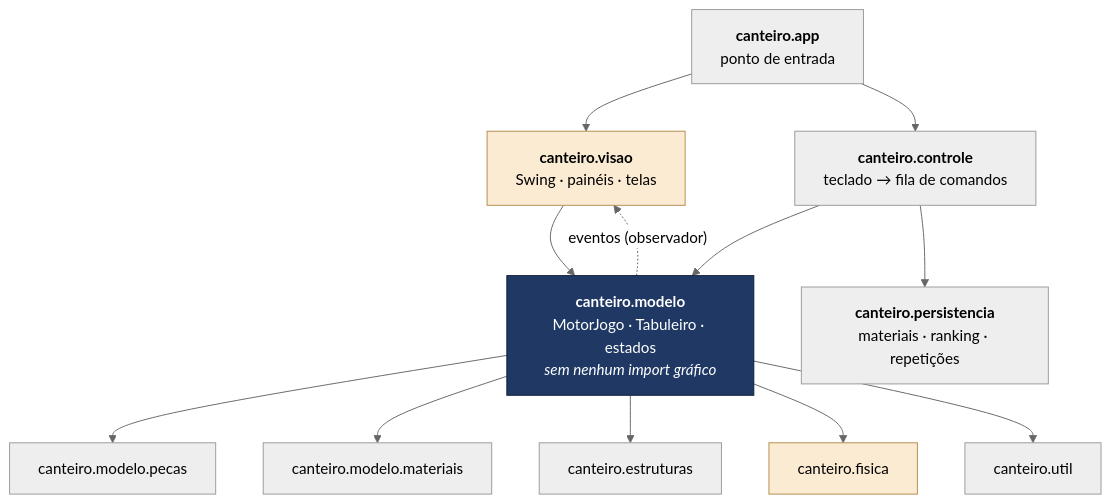
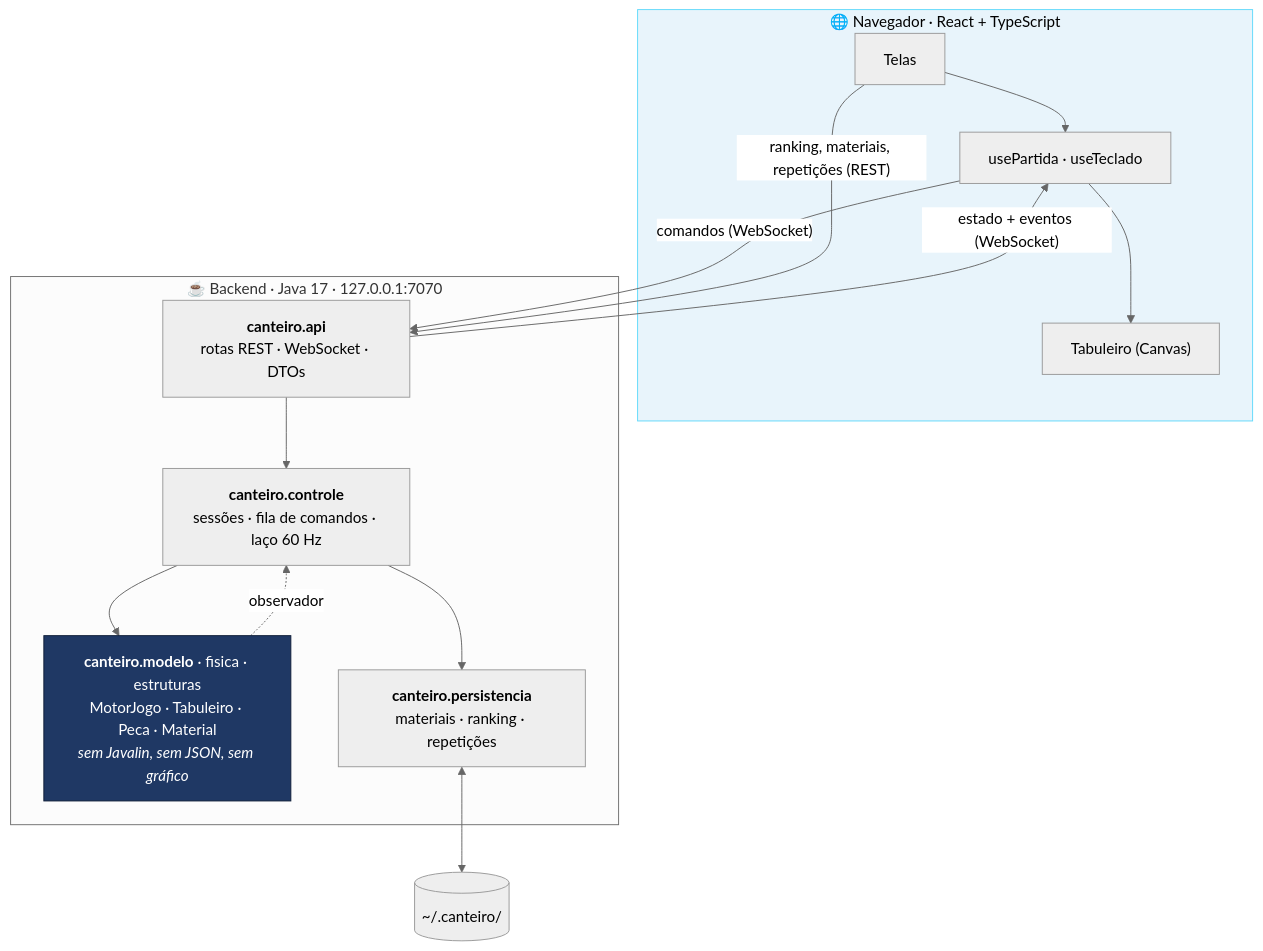
The first of 3 diagrams in README.md (mateus-vitor-ferreira-dev/canteiro), drawn with Mermaid (neutral theme) before and after one commit. The commit also changed other lines of this file and 31 other files, not shown here.

````diff
--- a/README.md
+++ b/README.md
@@ -164,27 +180,25 @@
 ```mermaid
 flowchart TB
-    APP["<b>canteiro.app</b><br/>ponto de entrada"]
-    APP --> VISAO & CONTROLE
+    subgraph NAV["🌐 Navegador · React + TypeScript"]
+        TELAS["Telas"] --> HOOKS["usePartida · useTeclado"]
+        HOOKS --> CANVAS["Tabuleiro (Canvas)"]
+    end
 
-    VISAO["<b>canteiro.visao</b><br/>Swing · painéis · telas"]
-    CONTROLE["<b>canteiro.controle</b><br/>teclado → fila de comandos"]
+    subgraph JVM["☕ Backend · Java 17 · 127.0.0.1:7070"]
+        API["<b>canteiro.api</b><br/>rotas REST · WebSocket · DTOs"]
+        CTRL["<b>canteiro.controle</b><br/>sessões · fila de comandos · laço 60 Hz"]
+        MOD["<b>canteiro.modelo</b> · fisica · estruturas<br/>MotorJogo · Tabuleiro · Peca · Material<br/><i>sem Javalin, sem JSON, sem gráfico</i>"]
+        PERS["<b>canteiro.persistencia</b><br/>materiais · ranking · repetições"]
+        API --> CTRL --> MOD
+        CTRL --> PERS
+        MOD -. "observador" .-> CTRL
+    end
 
-    VISAO --> MODELO
-    CONTROLE --> MODELO
-    CONTROLE --> PERSIST
+    HOOKS -- "comandos (WebSocket)" --> API
+    API -- "estado + eventos (WebSocket)" --> HOOKS
+    TELAS -- "ranking, materiais, repetições (REST)" --> API
+    PERS <--> ARQ[("~/.canteiro/")]
 
-    MODELO["<b>canteiro.modelo</b><br/>MotorJogo · Tabuleiro · estados<br/><i>sem nenhum import gráfico</i>"]
-    PERSIST["<b>canteiro.persistencia</b><br/>materiais · ranking · repetições"]
-
-    MODELO --> PECAS["canteiro.modelo.pecas"]
-    MODELO --> MATERIAIS["canteiro.modelo.materiais"]
-    MODELO --> ESTRUT["canteiro.estruturas"]
-    MODELO --> FISICA["canteiro.fisica"]
-    MODELO --> UTIL["canteiro.util"]
-
-    MODELO -. "eventos (observador)" .-> VISAO
-
-    style MODELO fill:#1F3864,stroke:#0f1e38,color:#fff
-    style VISAO fill:#FBEBD2,stroke:#b58a4a,color:#000
-    style FISICA fill:#FBEBD2,stroke:#b58a4a,color:#000
+    style MOD fill:#1F3864,stroke:#0f1e38,color:#fff
+    style NAV fill:#E8F4FB,stroke:#61DAFB,color:#000
 ```
````
